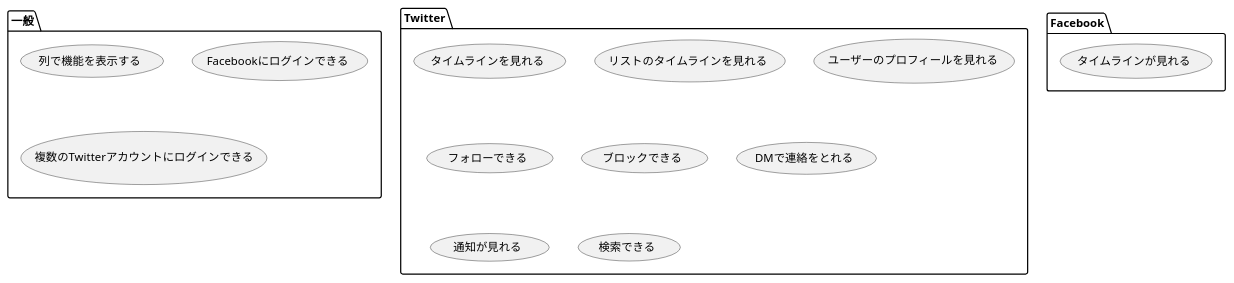
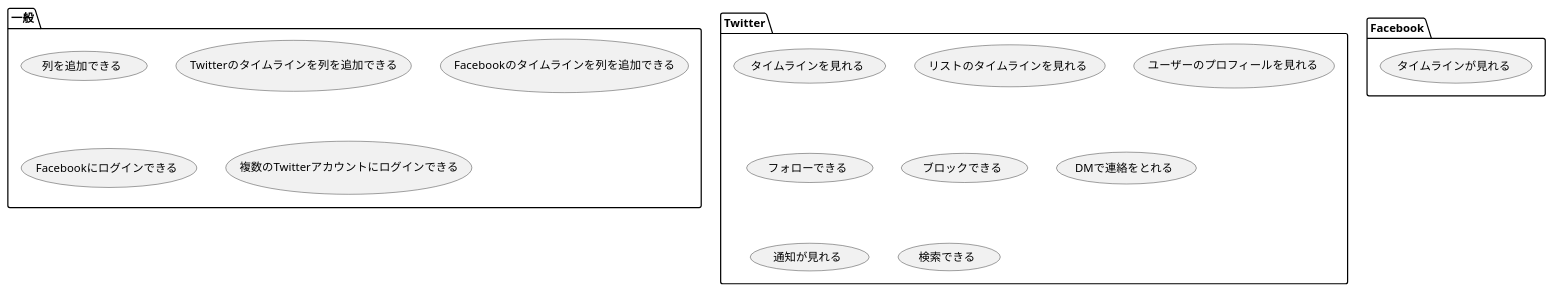
The diagram in doc/usecase-packages.pu (k42un0k0/k42un0k0snsdeck), drawn with PlantUML before and after one commit. The commit also changed 8 other files, not shown here.

```diff
--- a/doc/usecase-packages.pu
+++ b/doc/usecase-packages.pu
@@ -1,29 +1,30 @@
 @startuml	ユースケースパッケージ
 
 package 一般 {
-	(列で機能を表示する)
+	(列を追加できる)
+	(Twitterのタイムラインを列を追加できる)
+	(Facebookのタイムラインを列を追加できる)
 	(Facebookにログインできる)
 	(複数のTwitterアカウントにログインできる)
 }
 
 package Twitter {
 	(タイムラインを見れる)
 	(リストのタイムラインを見れる)
 	(ユーザーのプロフィールを見れる)
 	(フォローできる)
 	(ブロックできる)
 	(DMで連絡をとれる)
 	(通知が見れる)
 	(検索できる)
-	(フォローできる)
 }
 
 package Facebook {
 	(タイムラインが見れる)
 	(通知が見れる)
 	(検索できる)
 	(ユーザーのプロフィールを見れる)
 	(フォローできる)
 }
 
 @enduml
```
